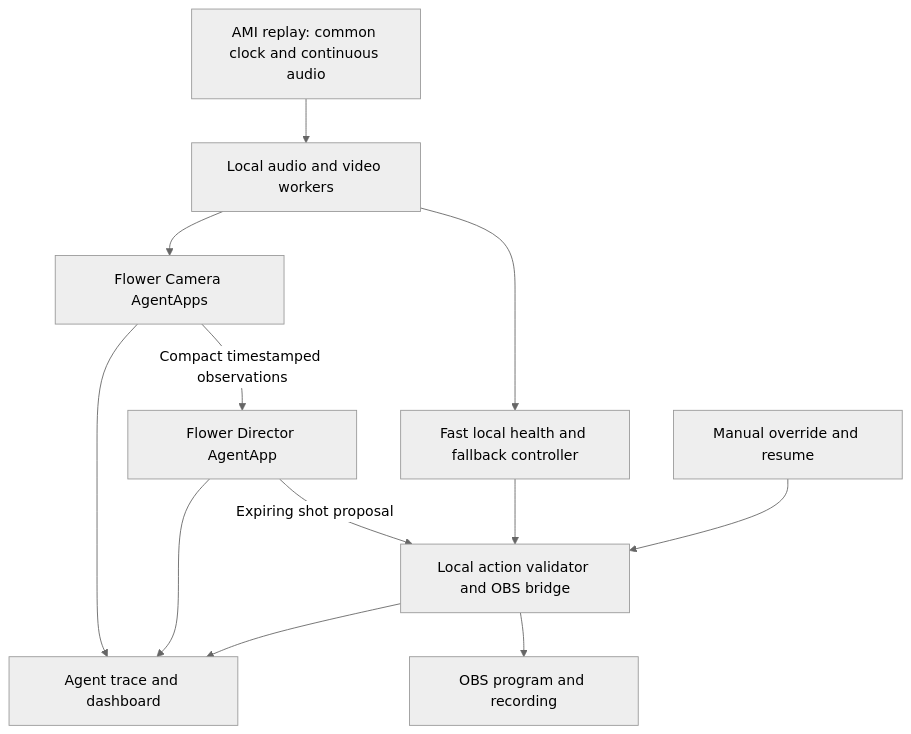
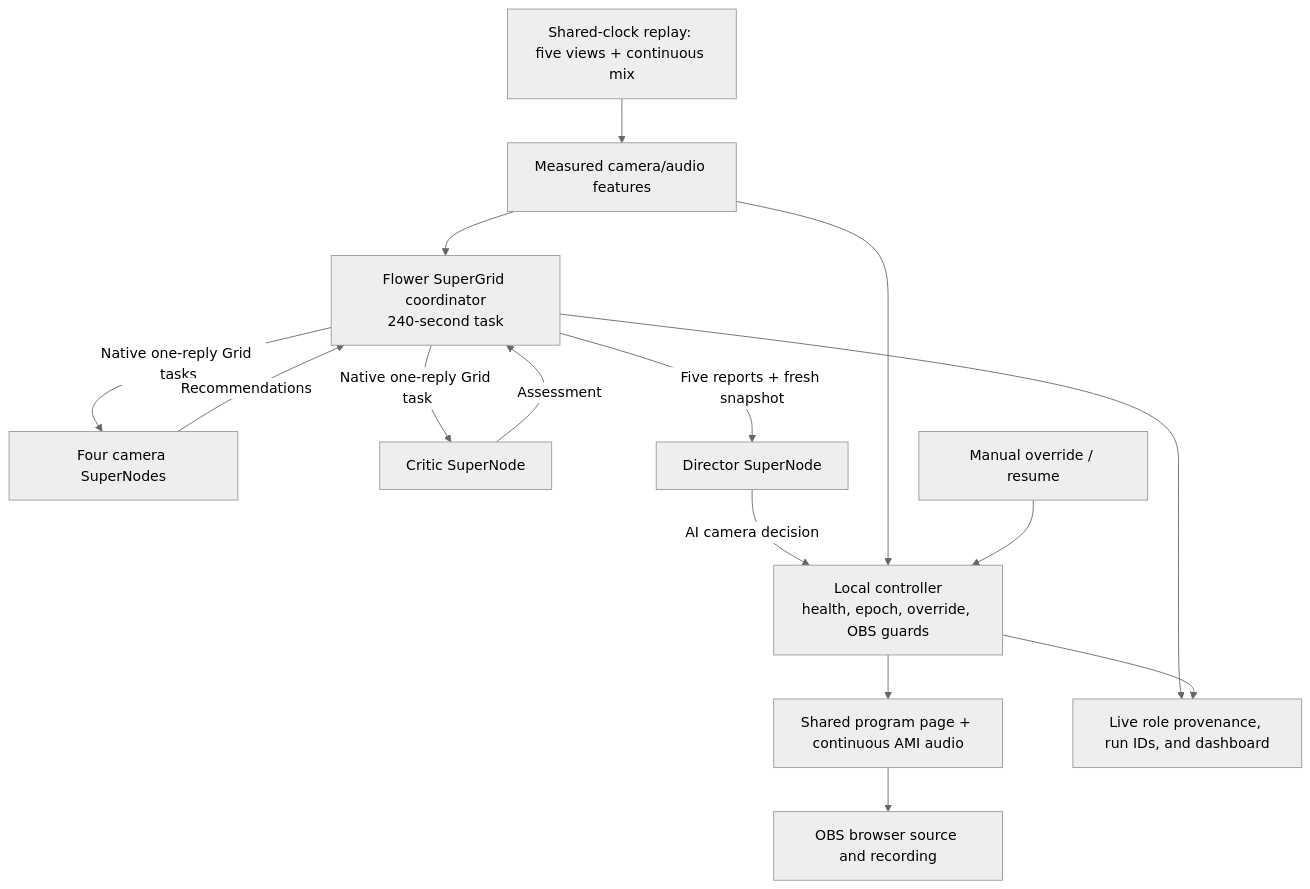
The diagram in Noesis_Hackathon_Idea.md (thesid42/Noesis), drawn with Mermaid (neutral theme) before and after one commit. The commit also changed other lines of this file and 30 other files, not shown here.

Commit message:
Run Noesis AI directing crew on Flower SuperGrid

````diff
--- a/Noesis_Hackathon_Idea.md
+++ b/Noesis_Hackathon_Idea.md
@@ -44,14 +46,17 @@
 ```mermaid
 flowchart TD
-    Media[AMI replay: common clock and continuous audio] --> Perception[Local audio and video workers]
-    Perception --> Cam[Flower Camera AgentApps]
-    Cam -->|Compact timestamped observations| Director[Flower Director AgentApp]
-    Director -->|Expiring shot proposal| Gate[Local action validator and OBS bridge]
-    Perception --> Health[Fast local health and fallback controller]
-    Health --> Gate
-    Operator[Manual override and resume] --> Gate
-    Gate --> OBS[OBS program and recording]
-    Cam --> Trace[Agent trace and dashboard]
-    Director --> Trace
-    Gate --> Trace
+    Media[Shared-clock replay: five views + continuous mix] --> Features[Measured camera/audio features]
+    Features --> Coordinator[Flower SuperGrid coordinator\n240-second task]
+    Coordinator -->|Native one-reply Grid tasks| Cameras[Four camera SuperNodes]
+    Coordinator -->|Native one-reply Grid task| Critic[Critic SuperNode]
+    Cameras -->|Recommendations| Coordinator
+    Critic -->|Assessment| Coordinator
+    Coordinator -->|Five reports + fresh snapshot| Director[Director SuperNode]
+    Director -->|AI camera decision| Controller[Local controller\nhealth, epoch, override, OBS guards]
+    Features --> Controller
+    Operator[Manual override / resume] --> Controller
+    Controller --> Program[Shared program page + continuous AMI audio]
+    Program --> OBS[OBS browser source and recording]
+    Coordinator --> Trace[Live role provenance, run IDs, and dashboard]
+    Controller --> Trace
 ```
````
